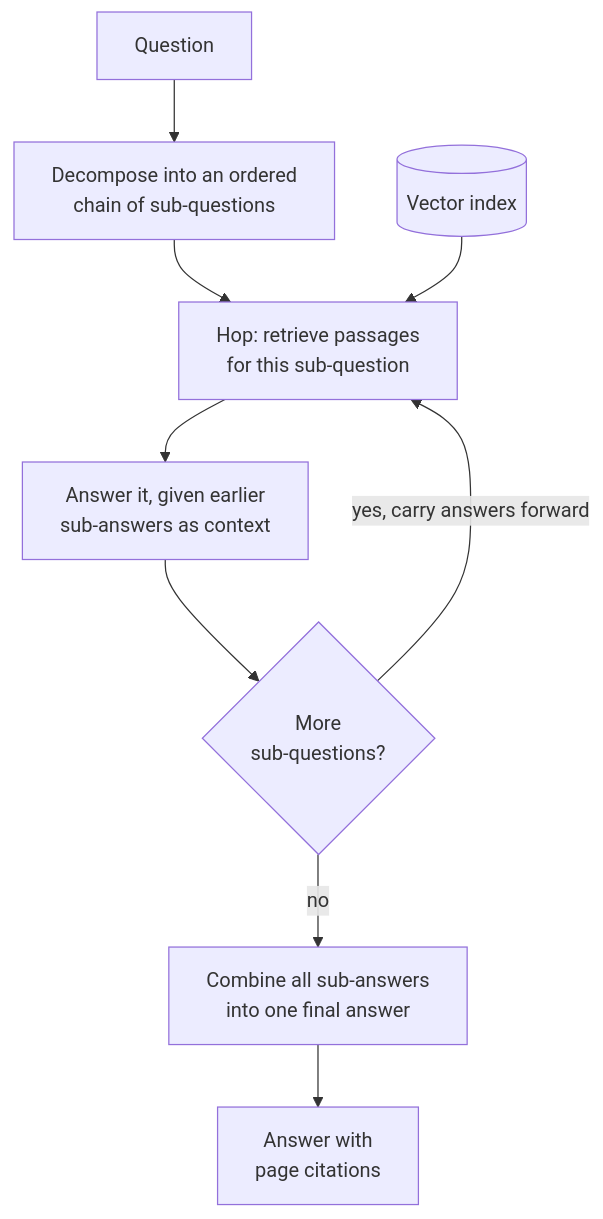
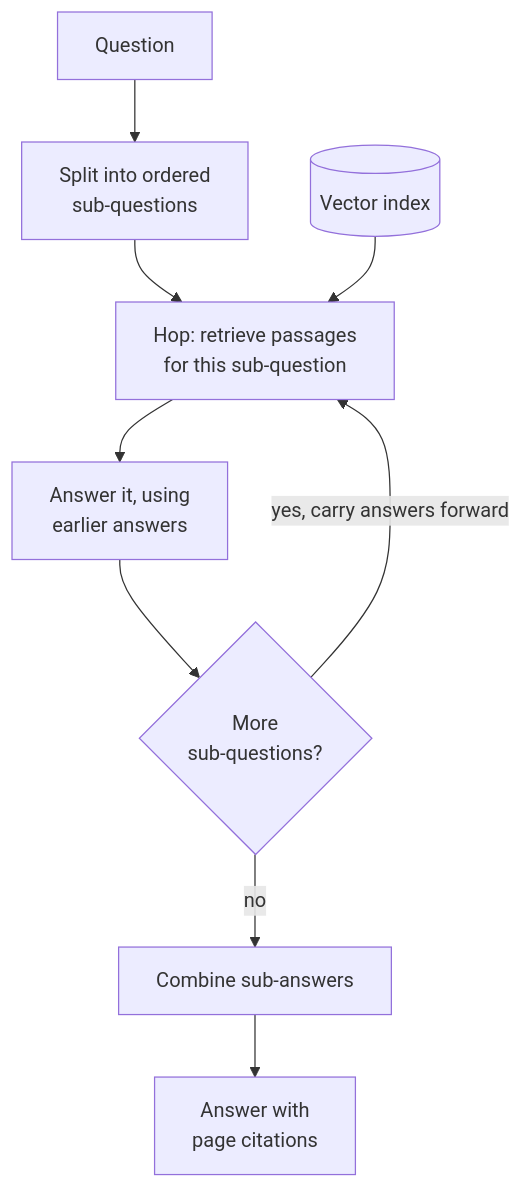
One commit to jjaaxx44/genai-personal-lab-rag changed the second of 2 diagrams in app/demos/rag/multi_hop/README.md. Above: the diagram before and after it, drawn with Mermaid. The commit also changed other lines of this file and 32 other files, not shown here.

````diff
--- a/app/demos/rag/multi_hop/README.md
+++ b/app/demos/rag/multi_hop/README.md
@@ -28,11 +20,11 @@
 ```mermaid
 flowchart TD
-  Q["Question"] --> D["Decompose into an ordered<br/>chain of sub-questions"]
+  Q["Question"] --> D["Split into ordered<br/>sub-questions"]
   D --> H["Hop: retrieve passages<br/>for this sub-question"]
   I[("Vector index")] --> H
-  H --> AN["Answer it, given earlier<br/>sub-answers as context"]
+  H --> AN["Answer it, using<br/>earlier answers"]
   AN --> M{"More<br/>sub-questions?"}
   M -->|"yes, carry answers forward"| H
-  M -->|"no"| C["Combine all sub-answers<br/>into one final answer"]
+  M -->|"no"| C["Combine sub-answers"]
   C --> A["Answer with<br/>page citations"]
 ```
````
